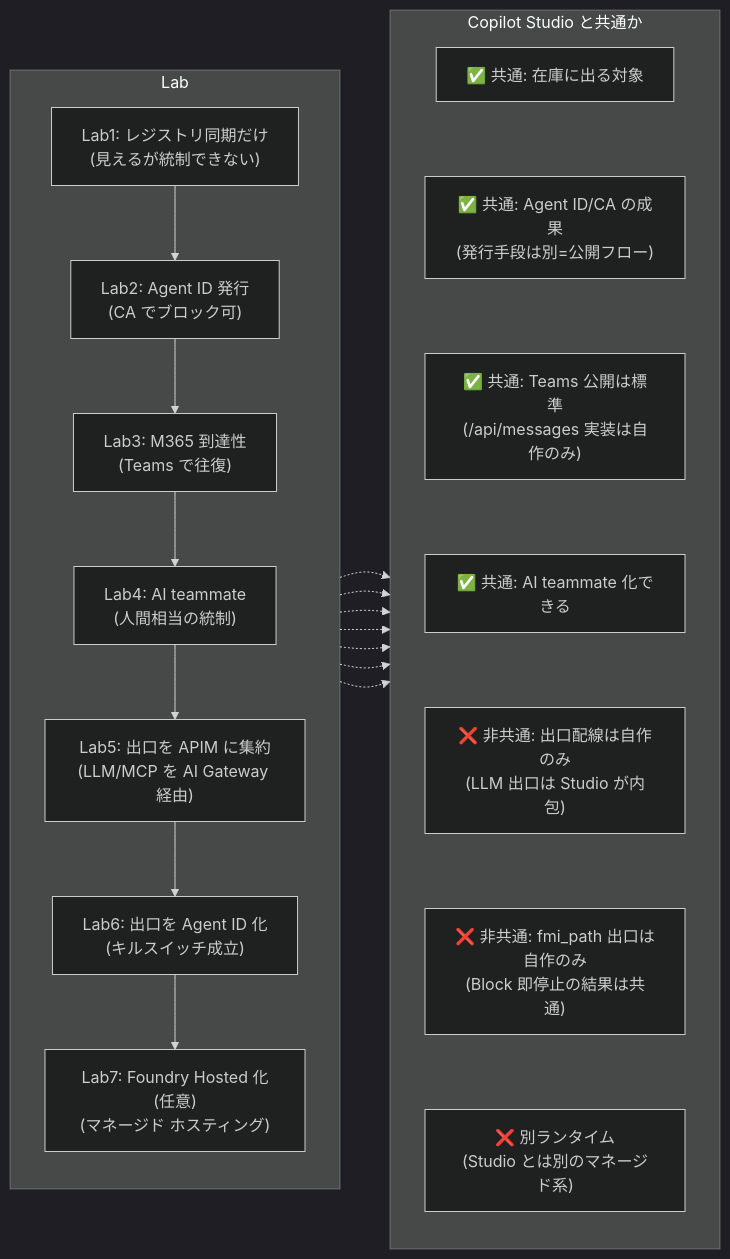
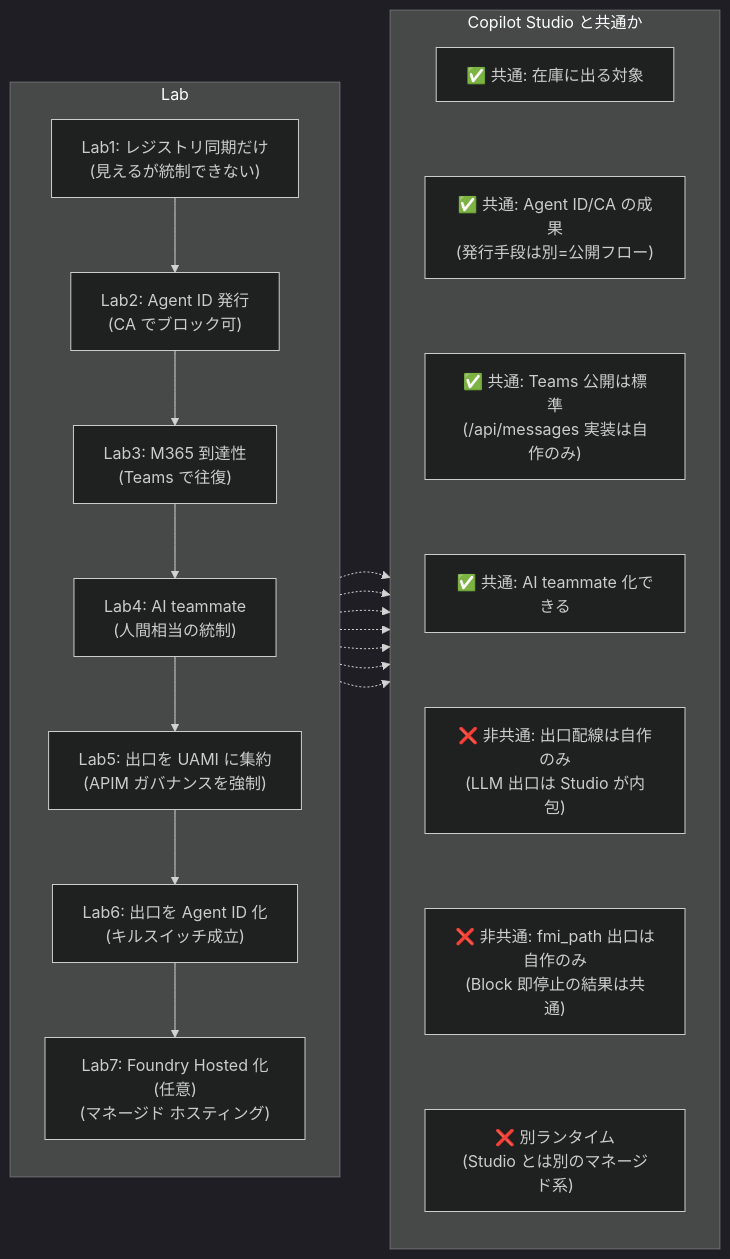
Before and after one commit to ketana0224/Agent365-Onboarding: the diagram in Handson/README.md, drawn with Mermaid (dark theme). The commit also changed other lines of this file, not shown here.

Commit message:
README: Lab5を「UAMI集約+APIMガバナンス強制」に改題しLab2との役割差を明確化

````diff
--- a/Handson/README.md
+++ b/Handson/README.md
@@ -45,32 +45,32 @@
 ```mermaid
 flowchart LR
     subgraph S1["Lab"]
         direction TB
         Lab1["Lab1: レジストリ同期だけ<br/>(見えるが統制できない)"]
         Lab2["Lab2: Agent ID 発行<br/>(CA でブロック可)"]
         Lab3["Lab3: M365 到達性<br/>(Teams で往復)"]
         Lab4["Lab4: AI teammate<br/>(人間相当の統制)"]
-        Lab5["Lab5: 出口を APIM に集約<br/>(LLM/MCP を AI Gateway 経由)"]
+        Lab5["Lab5: 出口を UAMI に集約<br/>(APIM ガバナンスを強制)"]
         Lab6["Lab6: 出口を Agent ID 化<br/>(キルスイッチ成立)"]
         Lab7["Lab7: Foundry Hosted 化(任意)<br/>(マネージド ホスティング)"]
         Lab1 --> Lab2 --> Lab3 --> Lab4 --> Lab5 --> Lab6 --> Lab7
     end
     subgraph S2["Copilot Studio と共通か"]
         direction TB
         C1["✅ 共通: 在庫に出る対象"]
         C2["✅ 共通: Agent ID/CA の成果<br/>(発行手段は別=公開フロー)"]
         C3["✅ 共通: Teams 公開は標準<br/>(/api/messages 実装は自作のみ)"]
         C4["✅ 共通: AI teammate 化できる"]
         C5["❌ 非共通: 出口配線は自作のみ<br/>(LLM 出口は Studio が内包)"]
         C6["❌ 非共通: fmi_path 出口は自作のみ<br/>(Block 即停止の結果は共通)"]
         C7["❌ 別ランタイム<br/>(Studio とは別のマネージド系)"]
         C1 ~~~ C2 ~~~ C3 ~~~ C4 ~~~ C5 ~~~ C6 ~~~ C7
     end
     Lab1 -.-> C1
     Lab2 -.-> C2
     Lab3 -.-> C3
     Lab4 -.-> C4
     Lab5 -.-> C5
     Lab6 -.-> C6
     Lab7 -.-> C7
 ```
````
